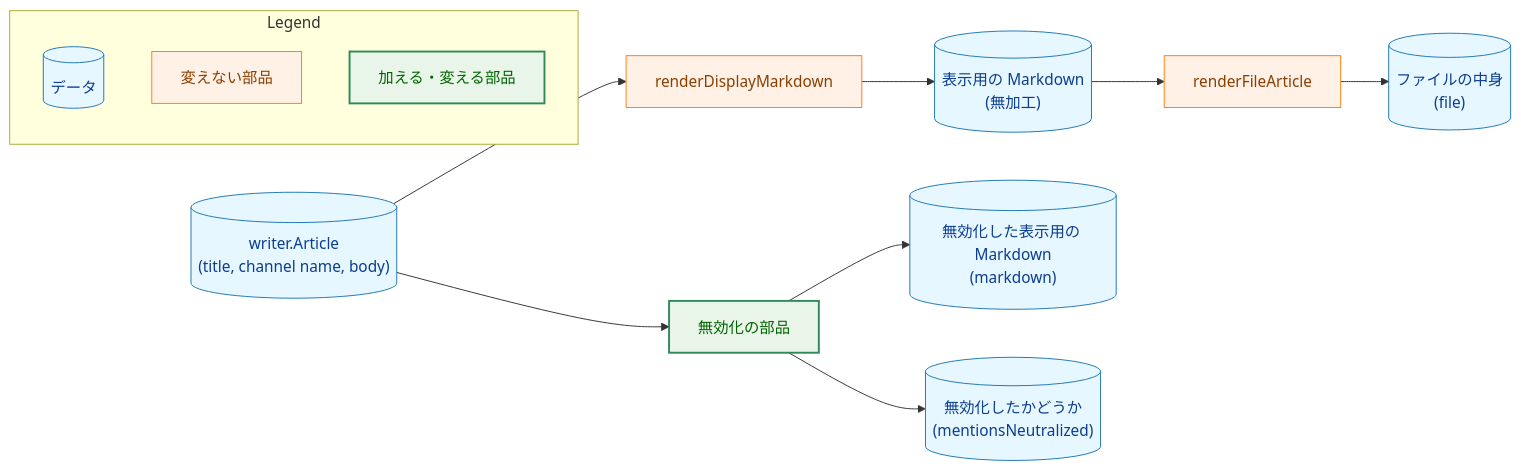
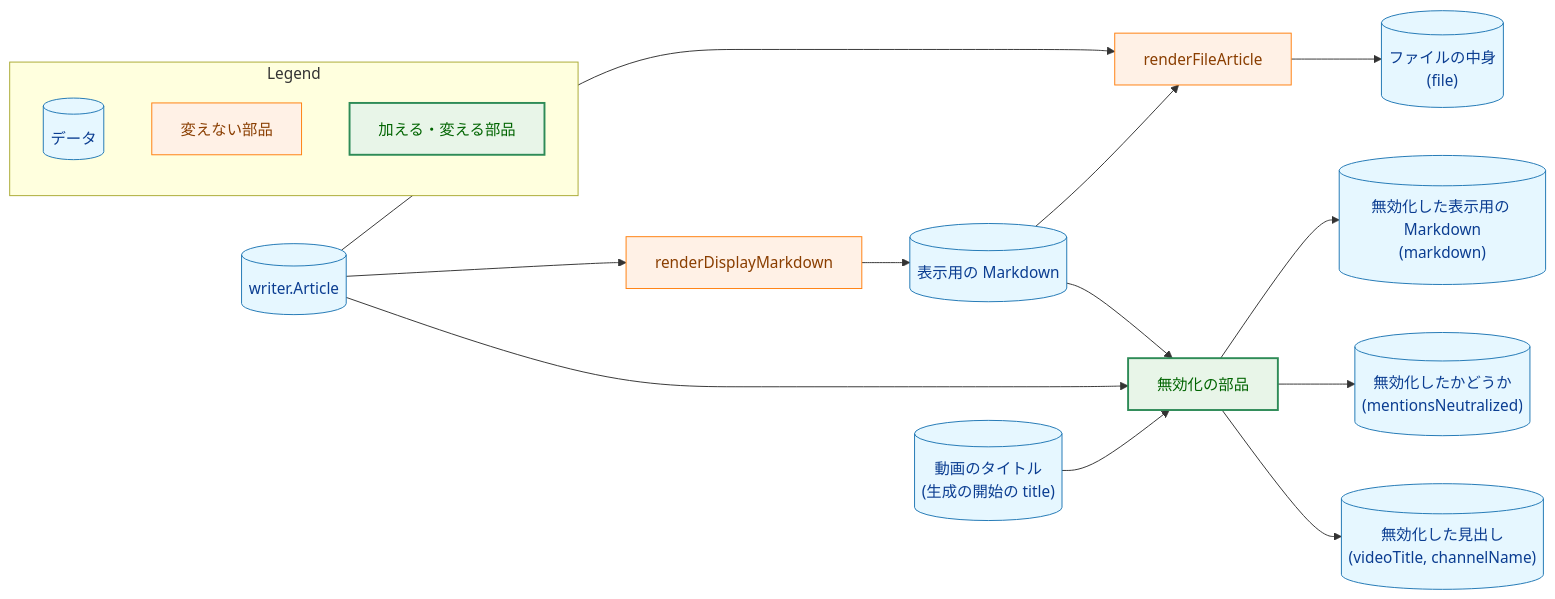
Before and after one commit to isseis/yt2column: the first of 6 diagrams in docs/tasks/0083_remove_slack_webhook/02_architecture.md, drawn with Mermaid. The commit also changed other lines of this file and 3 other files, not shown here.

First line of the commit message:
docs(0083): revise the architecture after the engineering and prose reviews

````diff
--- a/docs/tasks/0083_remove_slack_webhook/02_architecture.md
+++ b/docs/tasks/0083_remove_slack_webhook/02_architecture.md
@@ -53,33 +59,39 @@
 ```mermaid
 flowchart LR
     classDef data fill:#e6f7ff,stroke:#1f77b4,stroke-width:1px,color:#0b3d91;
     classDef process fill:#fff1e6,stroke:#ff7f0e,stroke-width:1px,color:#8a3e00;
     classDef enhanced fill:#e8f5e8,stroke:#2e8b57,stroke-width:2px,color:#006400;
 
-    ART[("writer.Article<br>(title, channel name, body)")]
-    RAW[("表示用の Markdown<br>(無加工)")]
+    ART[("writer.Article")]
+    RAW[("表示用の Markdown")]
     FILE[("ファイルの中身<br>(file)")]
     NEU[("無効化した表示用の Markdown<br>(markdown)")]
     FLAG[("無効化したかどうか<br>(mentionsNeutralized)")]
+    HEAD[("無効化した見出し<br>(videoTitle, channelName)")]
     RENDER["renderDisplayMarkdown"]
     FILER["renderFileArticle"]
     NEUT["無効化の部品"]
 
-    ART --> RENDER --> RAW --> FILER --> FILE
+    ART --> RENDER --> RAW
+    ART --> FILER
+    RAW --> FILER --> FILE
+    RAW --> NEUT
     ART --> NEUT
+    VT[("動画のタイトル<br>(生成の開始の title)")] --> NEUT
     NEUT --> NEU
     NEUT --> FLAG
+    NEUT --> HEAD
 
-    class ART,RAW,FILE,NEU,FLAG data
+    class ART,RAW,FILE,NEU,FLAG,HEAD,VT data
     class RENDER,FILER process
     class NEUT enhanced
 
     subgraph Legend["Legend"]
         L1[("データ")]
         L2["変えない部品"]
         L3["加える・変える部品"]
     end
     class L1 data
     class L2 process
     class L3 enhanced
 ```
````
